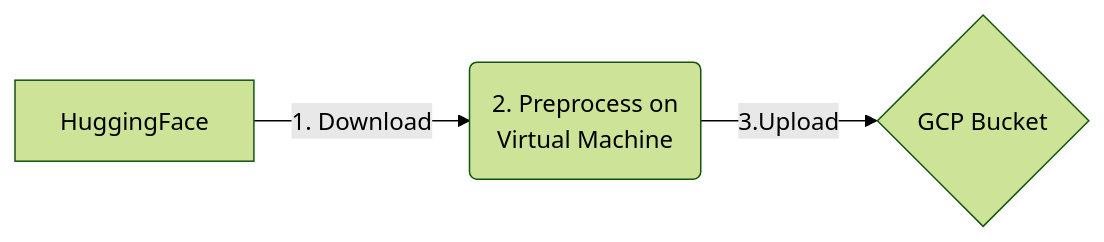
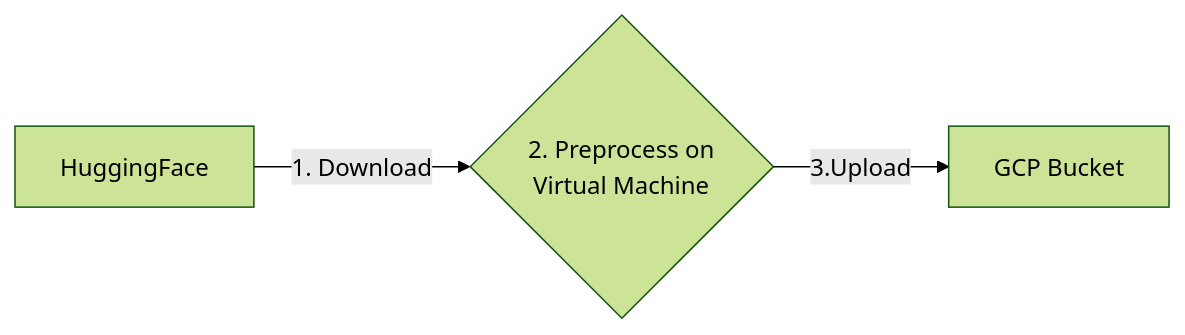
The diagram in datapipeline/README.md (WAT-ai/open-climate-fix-project), drawn with Mermaid (forest theme) before and after one commit.

Commit message:
Fixed diagram

````diff
--- a/datapipeline/README.md
+++ b/datapipeline/README.md
@@ -3,5 +3,5 @@
 ```mermaid
 graph LR
-A[HuggingFace] -- 1. Download --> B(2. Preprocess on <br/> Virtual Machine)
-B -- 3.Upload --> D{GCP Bucket}
+A[HuggingFace] -- 1. Download --> B{2. Preprocess on <br/> Virtual Machine}
+B -- 3.Upload --> D[GCP Bucket]
 ```
````
